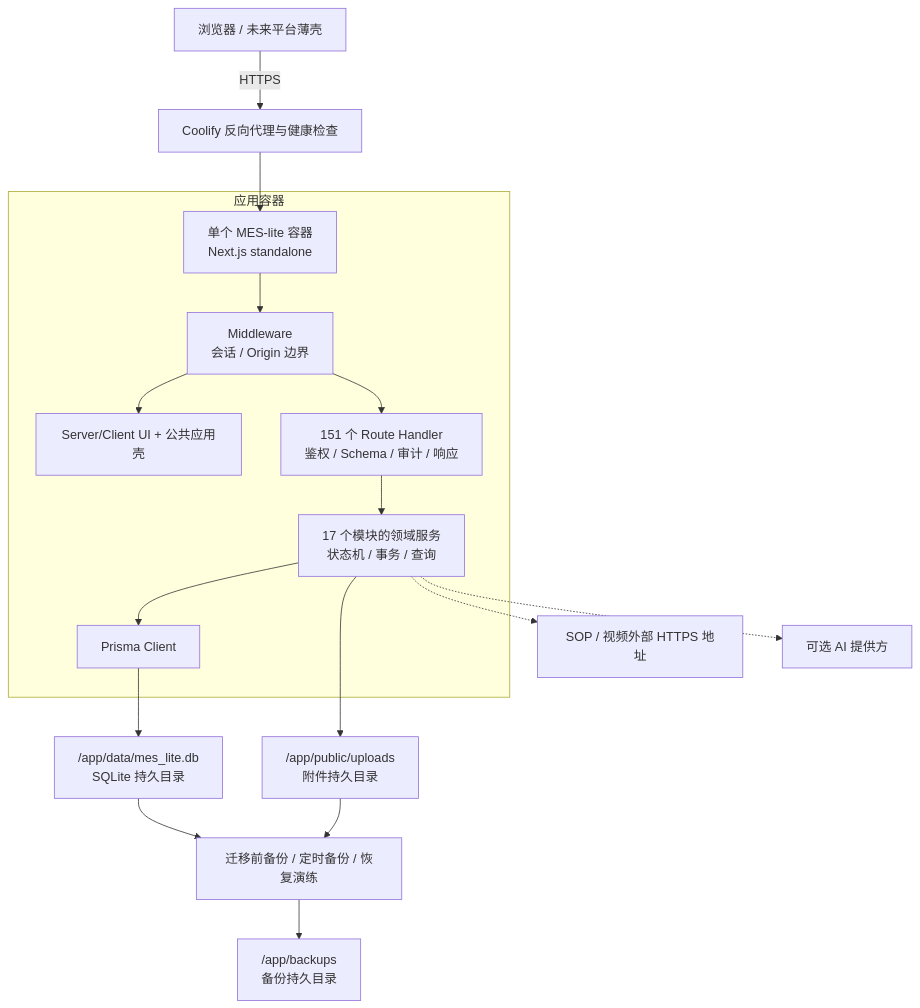
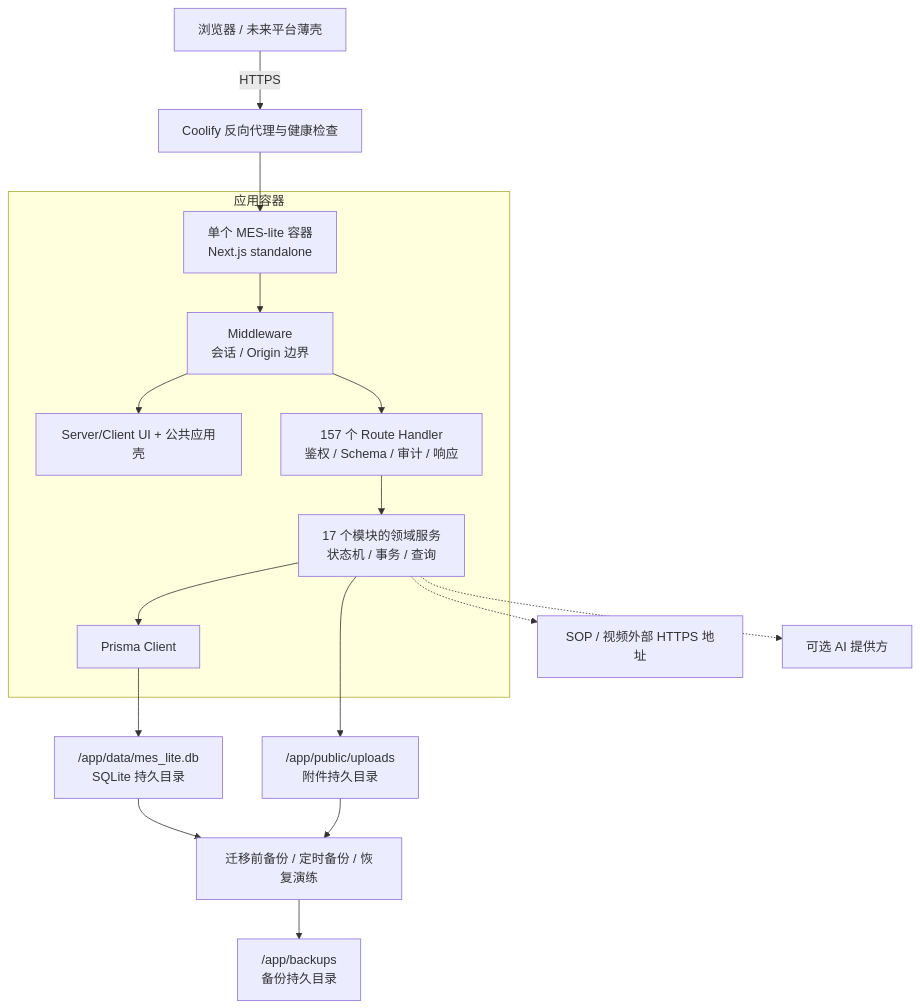
One commit to goldf2/mes-lite changed the second of 12 diagrams in docs/architecture/系统结构图.md. Above: the diagram before and after it, drawn with Mermaid. The commit also changed other lines of this file and 47 other files, not shown here.

````diff
--- a/docs/architecture/系统结构图.md
+++ b/docs/architecture/系统结构图.md
@@ -47,21 +47,21 @@
 ```mermaid
 flowchart TB
   Browser["浏览器 / 未来平台薄壳"] -->|"HTTPS"| Proxy["Coolify 反向代理与健康检查"]
   Proxy --> App["单个 MES-lite 容器<br/>Next.js standalone"]
 
   subgraph Container["应用容器"]
     App --> Middleware["Middleware<br/>会话 / Origin 边界"]
     Middleware --> UI["Server/Client UI + 公共应用壳"]
-    Middleware --> Route["151 个 Route Handler<br/>鉴权 / Schema / 审计 / 响应"]
+    Middleware --> Route["157 个 Route Handler<br/>鉴权 / Schema / 审计 / 响应"]
     Route --> Services["17 个模块的领域服务<br/>状态机 / 事务 / 查询"]
     Services --> Prisma["Prisma Client"]
   end
 
   Prisma --> Db["/app/data/mes_lite.db<br/>SQLite 持久目录"]
   Services --> Uploads["/app/public/uploads<br/>附件持久目录"]
   Backup["迁移前备份 / 定时备份 / 恢复演练"] --> Backups["/app/backups<br/>备份持久目录"]
   Db --> Backup
   Uploads --> Backup
   Services -.-> Oss["SOP / 视频外部 HTTPS 地址"]
   Services -.-> Ai["可选 AI 提供方"]
 ```
````
